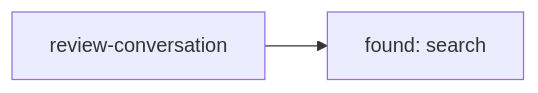
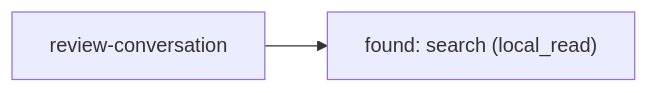
One commit to Jake36999/Librarian_V2 changed diagram 20 of 30 in reports/2026-11-20-workflow-map/WORKFLOW-MAP.md. Above: the diagram before and after it, drawn with Mermaid. The commit also changed other lines of this file and 6 other files, not shown here.

````diff
--- a/reports/2026-11-20-workflow-map/WORKFLOW-MAP.md
+++ b/reports/2026-11-20-workflow-map/WORKFLOW-MAP.md
@@ -278,6 +278,6 @@
 ```mermaid
 flowchart LR
   s["review-conversation"]
-  n0["found: search"]
+  n0["found: search (local_read)"]
   s --> n0
 ```
````
